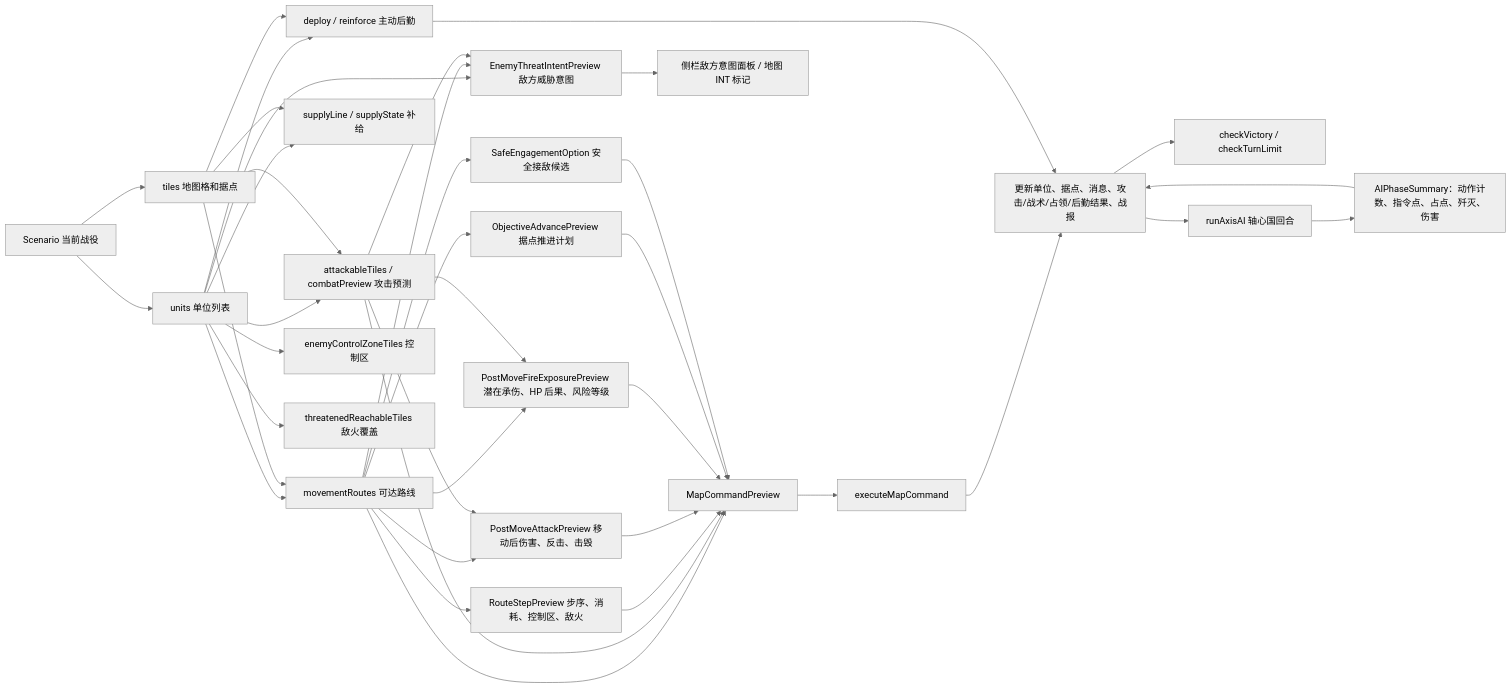
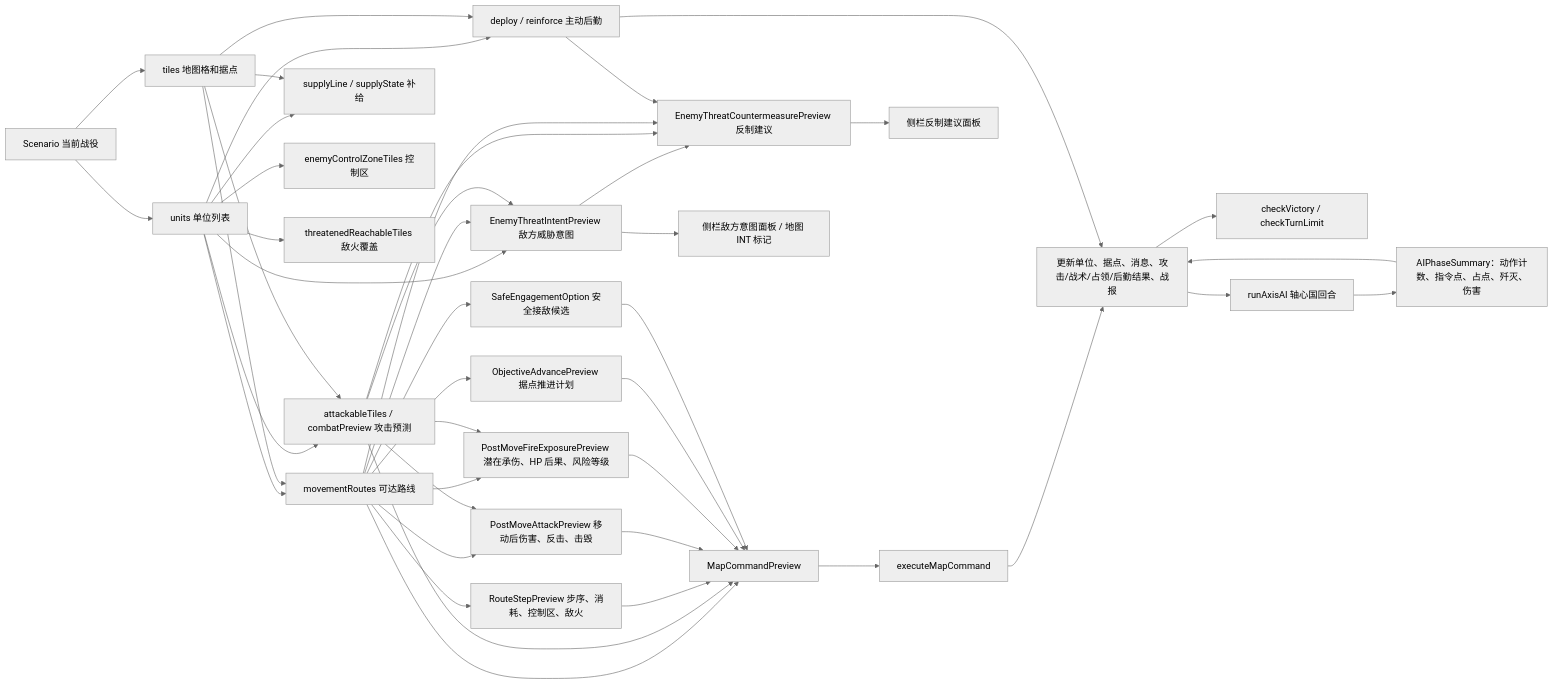
One commit to Altman-sam114/116 changed the third of 5 diagrams in md/flow/flowchart.md. Above: the diagram before and after it, drawn with Mermaid (neutral theme). The commit also changed other lines of this file and 10 other files, not shown here.

Commit message:
v1.11: 增强敌方意图反制建议

````diff
--- a/md/flow/flowchart.md
+++ b/md/flow/flowchart.md
@@ -55,40 +57,45 @@
 ```mermaid
 flowchart LR
   S["Scenario 当前战役"] --> U["units 单位列表"]
   S --> T["tiles 地图格和据点"]
   U --> MV["movementRoutes 可达路线"]
   T --> MV
   U --> AT["attackableTiles / combatPreview 攻击预测"]
   T --> AT
   U --> SUP["supplyLine / supplyState 补给"]
   T --> SUP
   U --> LOG["deploy / reinforce 主动后勤"]
   T --> LOG
   U --> ZOC["enemyControlZoneTiles 控制区"]
   U --> THR["threatenedReachableTiles 敌火覆盖"]
   U --> INT["EnemyThreatIntentPreview 敌方威胁意图"]
+  INT --> CTR["EnemyThreatCountermeasurePreview 反制建议"]
   MV --> RP["RouteStepPreview 步序、消耗、控制区、敌火"]
   MV --> PM["PostMoveAttackPreview 移动后伤害、反击、击毁"]
   MV --> FP["PostMoveFireExposurePreview 潜在承伤、HP 后果、风险等级"]
   MV --> OP["ObjectiveAdvancePreview 据点推进计划"]
   MV --> SE["SafeEngagementOption 安全接敌候选"]
   MV --> INT
   AT --> PM
   AT --> FP
   AT --> INT
+  AT --> CTR
+  MV --> CTR
+  LOG --> CTR
   MV --> CMD["MapCommandPreview"]
   AT --> CMD
   RP --> CMD
   PM --> CMD
   FP --> CMD
   OP --> CMD
   SE --> CMD
   CMD --> EX["executeMapCommand"]
   EX --> RES["更新单位、据点、消息、攻击/战术/占领/后勤结果、战报"]
   LOG --> RES
   RES --> WIN["checkVictory / checkTurnLimit"]
   RES --> AI["runAxisAI 轴心国回合"]
   AI --> AIS["AIPhaseSummary：动作计数、指令点、占点、歼灭、伤害"]
   AIS --> RES
   INT --> UI["侧栏敌方意图面板 / 地图 INT 标记"]
+  CTR --> UI2["侧栏反制建议面板"]
 ```
````
